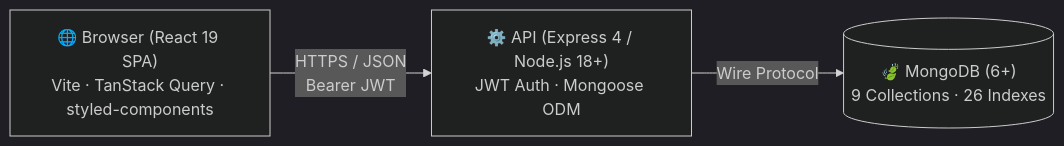
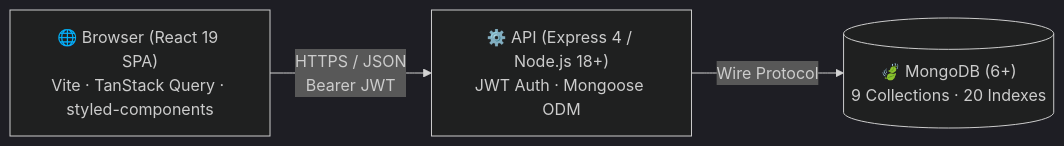
One commit to Purvesh-PJ/bloghub changed the first of 3 diagrams in docs/architecture/walkthrough.md. Above: the diagram before and after it, drawn with Mermaid (dark theme). The commit also changed 24 other files, not shown here.

````diff
--- a/docs/architecture/walkthrough.md
+++ b/docs/architecture/walkthrough.md
@@ -23,8 +23,8 @@
 ```mermaid
 flowchart LR
     Browser["🌐 Browser (React 19 SPA)\nVite · TanStack Query · styled-components"]
     -- "HTTPS / JSON\nBearer JWT" -->
     API["⚙️ API (Express 4 / Node.js 18+)\nJWT Auth · Mongoose ODM"]
     API -- "Wire Protocol" -->
-    DB[("🍃 MongoDB (6+)\n9 Collections · 26 Indexes")]
+    DB[("🍃 MongoDB (6+)\n9 Collections · 20 Indexes")]
 ```
````
